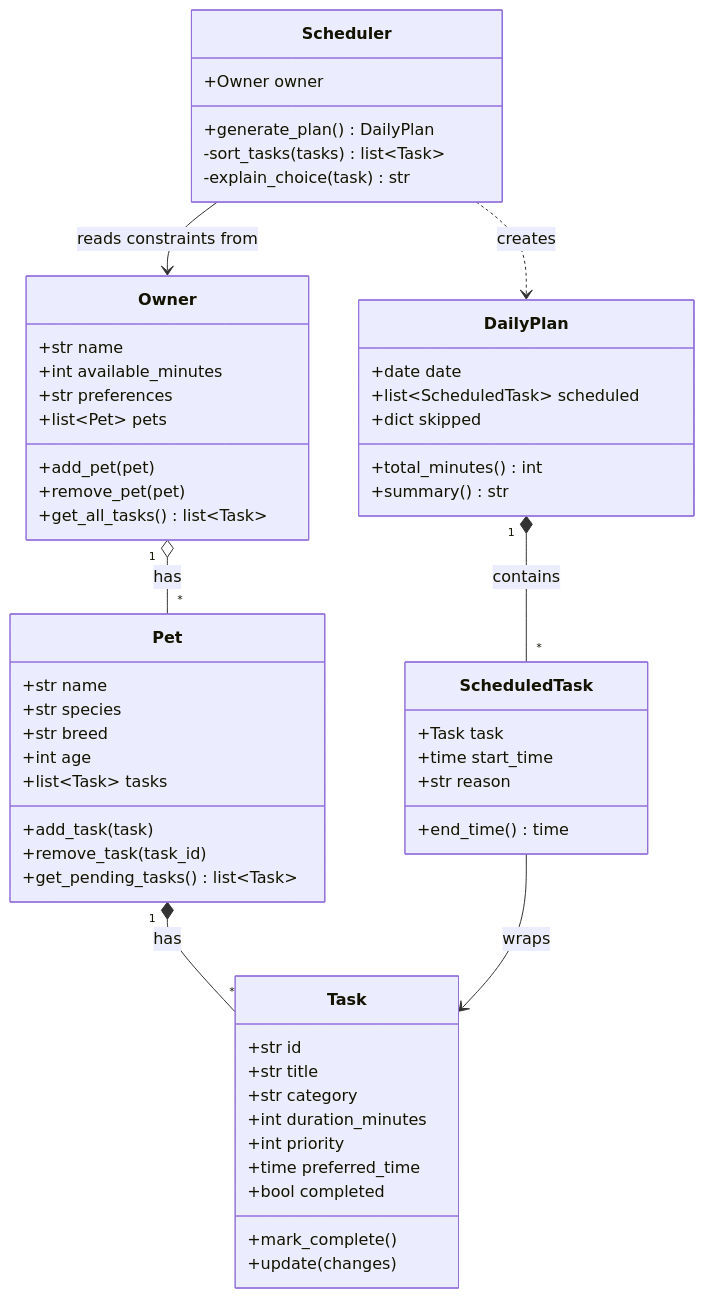
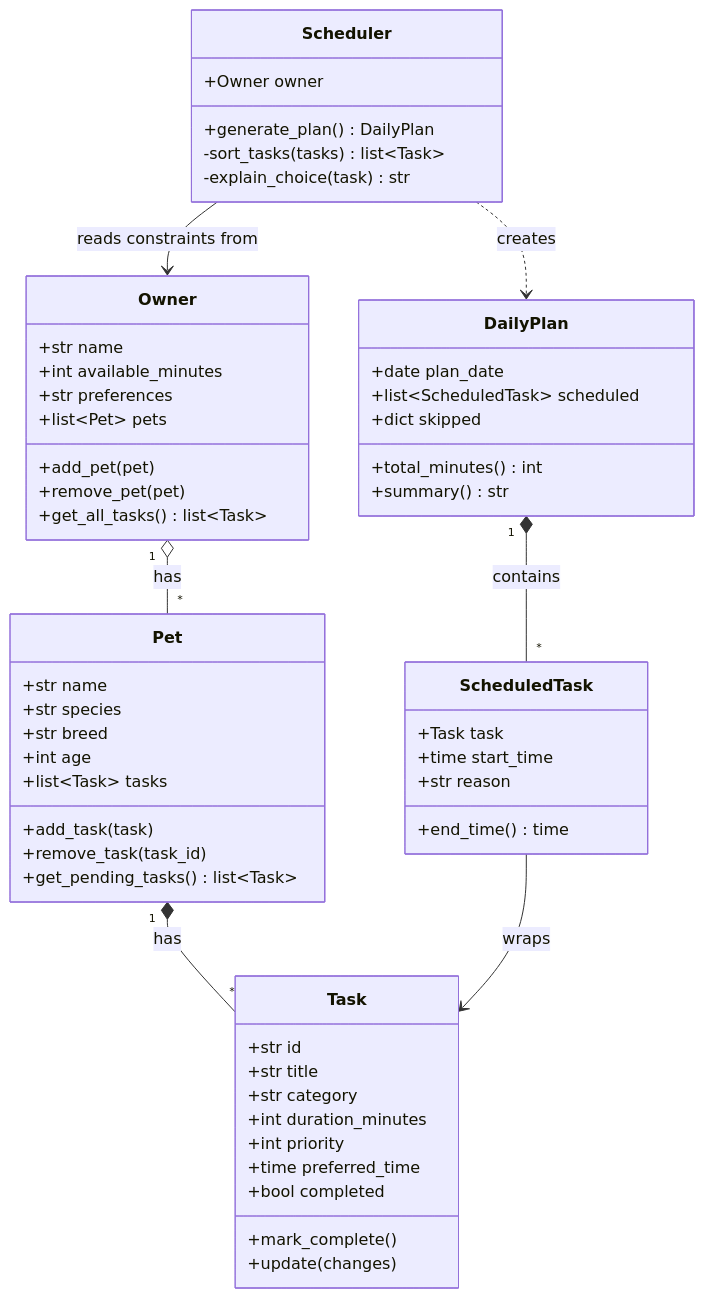
One commit to virtonen/ai110-module2show-pawpal-starter changed the diagram in diagrams/uml.mmd. Above: the diagram before and after it, drawn with Mermaid. The commit also changed 2 other files, not shown here.

Commit message:
chore: add class skeletons from UML

```diff
--- a/diagrams/uml.mmd
+++ b/diagrams/uml.mmd
@@ -1,62 +1,62 @@
 classDiagram
     class Owner {
         +str name
         +int available_minutes
         +str preferences
         +list~Pet~ pets
         +add_pet(pet)
         +remove_pet(pet)
         +get_all_tasks() list~Task~
     }
 
     class Pet {
         +str name
         +str species
         +str breed
         +int age
         +list~Task~ tasks
         +add_task(task)
         +remove_task(task_id)
         +get_pending_tasks() list~Task~
     }
 
     class Task {
         +str id
         +str title
         +str category
         +int duration_minutes
         +int priority
         +time preferred_time
         +bool completed
         +mark_complete()
         +update(changes)
     }
 
     class Scheduler {
         +Owner owner
         +generate_plan() DailyPlan
         -sort_tasks(tasks) list~Task~
         -explain_choice(task) str
     }
 
     class DailyPlan {
-        +date date
+        +date plan_date
         +list~ScheduledTask~ scheduled
         +dict skipped
         +total_minutes() int
         +summary() str
     }
 
     class ScheduledTask {
         +Task task
         +time start_time
         +str reason
         +end_time() time
     }
 
     Owner "1" o-- "*" Pet : has
     Pet "1" *-- "*" Task : has
     Scheduler --> Owner : reads constraints from
     Scheduler ..> DailyPlan : creates
     DailyPlan "1" *-- "*" ScheduledTask : contains
     ScheduledTask --> Task : wraps
```
